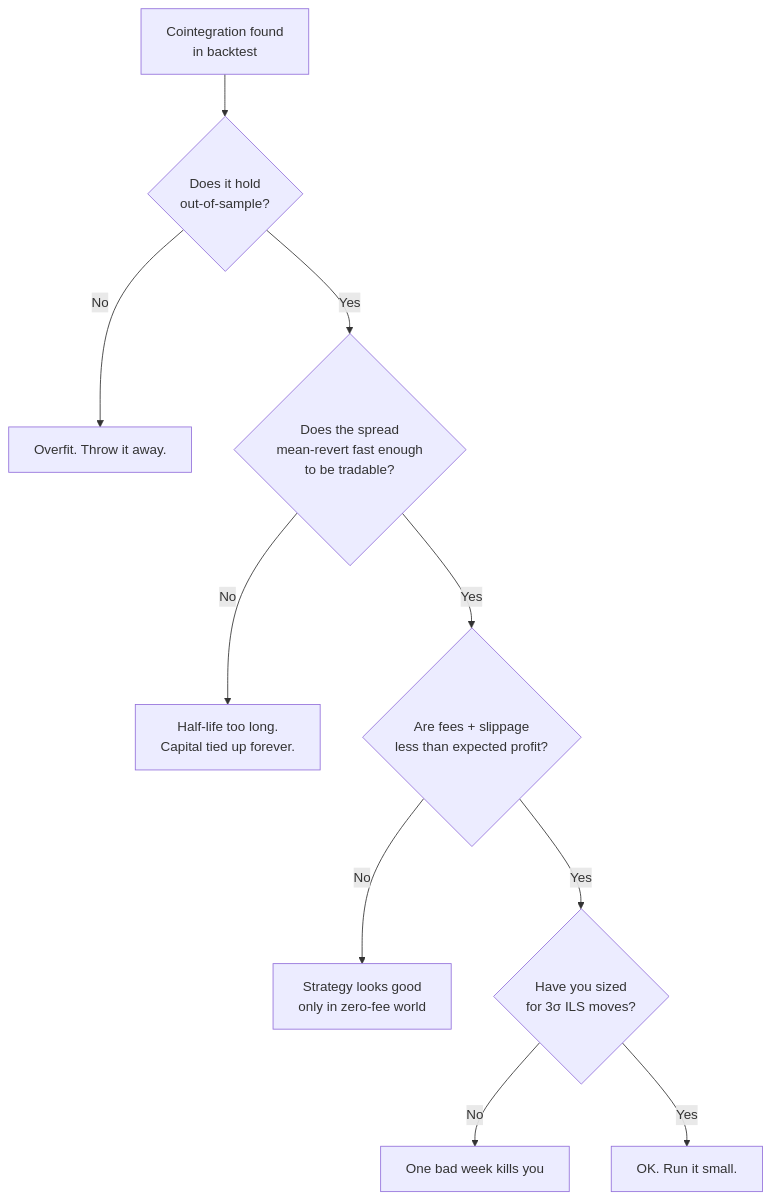
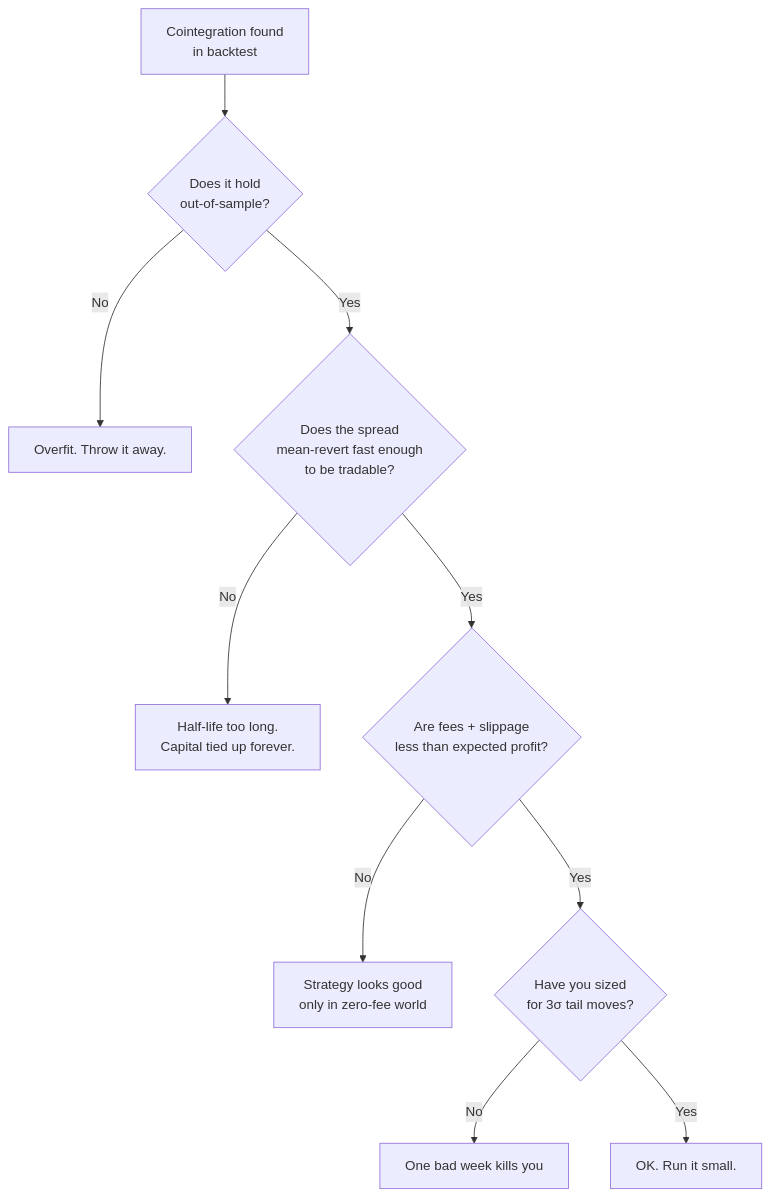
Before and after one commit to Esoterics611/meridian-markets: the second of 2 diagrams in courses/stat-arb/docs/01-introduction.md, drawn with Mermaid. The commit also changed other lines of this file and 9 other files, not shown here.

````diff
--- a/courses/stat-arb/docs/01-introduction.md
+++ b/courses/stat-arb/docs/01-introduction.md
@@ -49,12 +54,12 @@
 ```mermaid
 flowchart TD
   A[Cointegration found<br/>in backtest] --> B{Does it hold<br/>out-of-sample?}
   B -- No --> C[Overfit. Throw it away.]
   B -- Yes --> D{Does the spread<br/>mean-revert fast enough<br/>to be tradable?}
   D -- No --> E[Half-life too long.<br/>Capital tied up forever.]
   D -- Yes --> F{Are fees + slippage<br/>less than expected profit?}
   F -- No --> G[Strategy looks good<br/>only in zero-fee world]
-  F -- Yes --> H{Have you sized<br/>for 3σ ILS moves?}
+  F -- Yes --> H{Have you sized<br/>for 3σ tail moves?}
   H -- No --> I[One bad week kills you]
   H -- Yes --> J[OK. Run it small.]
 ```
````
